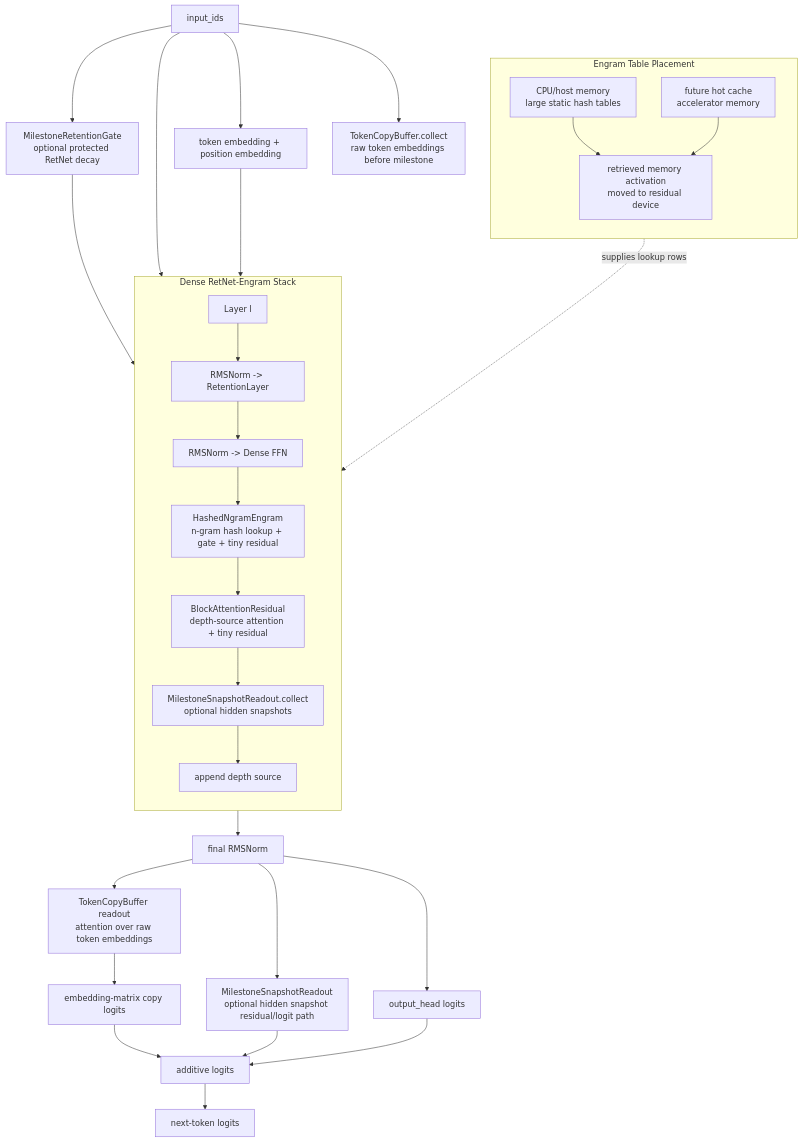
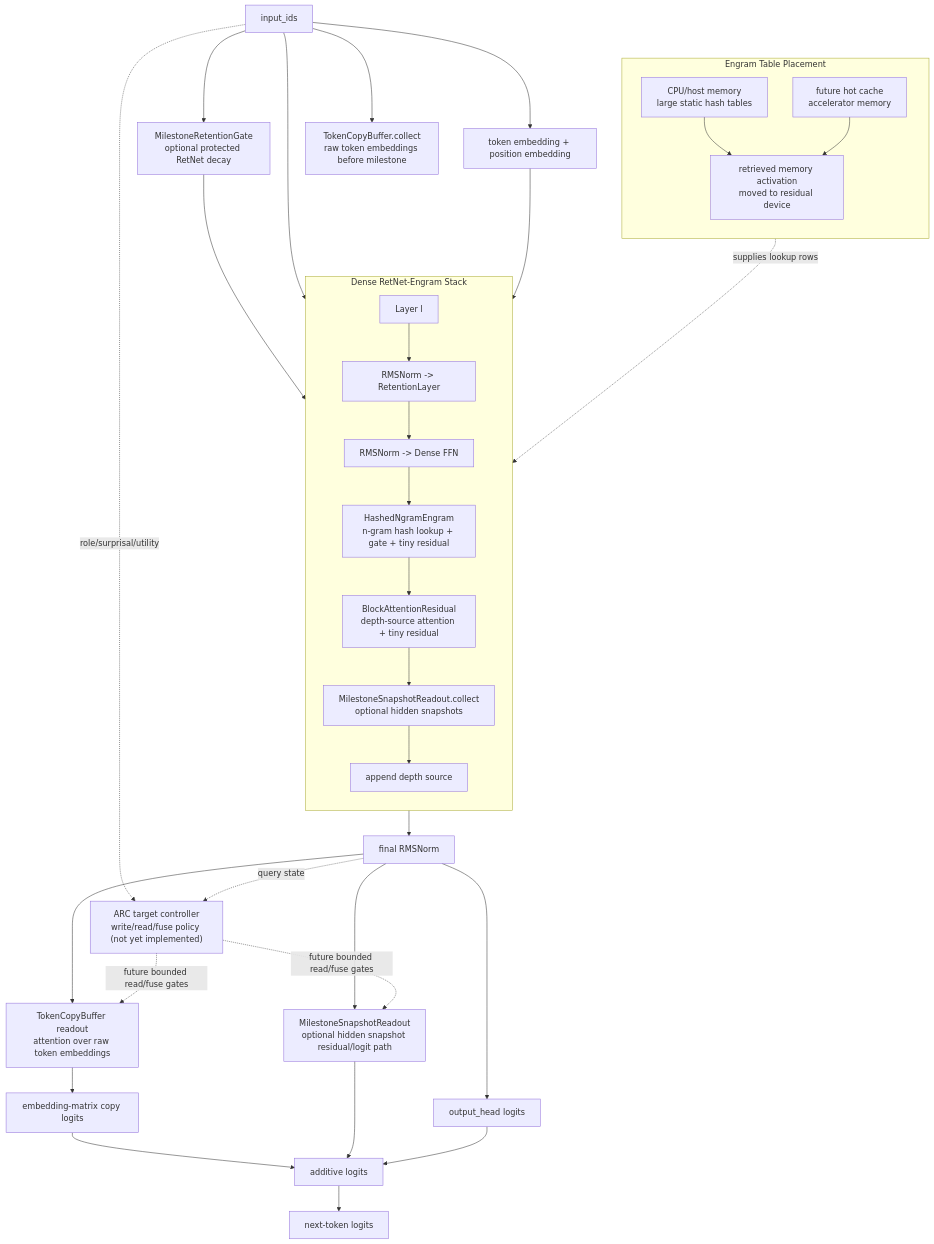
One commit to XXY-CH/engram-retention changed the diagram in docs/architecture/current_model_architecture_2026-05-11.md. Above: the diagram before and after it, drawn with Mermaid. The commit also changed other lines of this file and 9 other files, not shown here.

````diff
--- a/docs/architecture/current_model_architecture_2026-05-11.md
+++ b/docs/architecture/current_model_architecture_2026-05-11.md
@@ -10,52 +10,57 @@
 ```mermaid
 flowchart TB
     Input["input_ids"]
     TokEmb["token embedding + position embedding"]
+    ARC["ARC target controller\nwrite/read/fuse policy (not yet implemented)"]
     Gate["MilestoneRetentionGate\noptional protected RetNet decay"]
     CopyCollect["TokenCopyBuffer.collect\nraw token embeddings before milestone"]
 
     Input --> TokEmb
+    Input -. role/surprisal/utility .-> ARC
     Input --> Gate
     Input --> CopyCollect
 
     subgraph Stack["Dense RetNet-Engram Stack"]
         direction TB
         L0["Layer l"]
         RN["RMSNorm -> RetentionLayer"]
         FFN["RMSNorm -> Dense FFN"]
         Engram["HashedNgramEngram\nn-gram hash lookup + gate + tiny residual"]
         AttnRes["BlockAttentionResidual\ndepth-source attention + tiny residual"]
         SnapCollect["MilestoneSnapshotReadout.collect\noptional hidden snapshots"]
         Depth["append depth source"]
 
         L0 --> RN --> FFN --> Engram --> AttnRes --> SnapCollect --> Depth
     end
 
     TokEmb --> Stack
     Gate --> RN
     Input --> Engram
 
     Stack --> FinalNorm["final RMSNorm"]
     FinalNorm --> Head["output_head logits"]
+    FinalNorm -. query state .-> ARC
 
     FinalNorm --> CopyRead["TokenCopyBuffer readout\nattention over raw token embeddings"]
     CopyRead --> CopyLogits["embedding-matrix copy logits"]
     CopyLogits --> AddLogits["additive logits"]
 
     FinalNorm --> SnapRead["MilestoneSnapshotReadout\noptional hidden snapshot residual/logit path"]
     SnapRead --> AddLogits
+    ARC -. future bounded read/fuse gates .-> CopyRead
+    ARC -. future bounded read/fuse gates .-> SnapRead
 
     Head --> AddLogits
     AddLogits --> Output["next-token logits"]
 
     subgraph Offload["Engram Table Placement"]
         direction TB
         CPU["CPU/host memory\nlarge static hash tables"]
         Hot["future hot cache\naccelerator memory"]
         Retrieved["retrieved memory activation\nmoved to residual device"]
         CPU --> Retrieved
         Hot --> Retrieved
     end
 
     Offload -. supplies lookup rows .-> Engram
 ```
````
